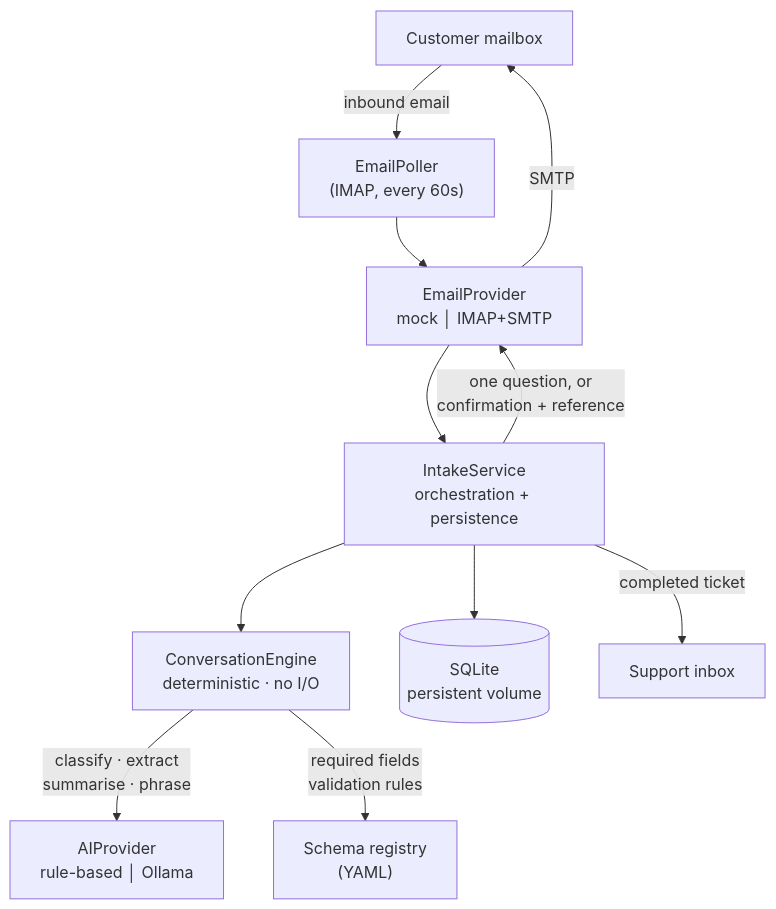
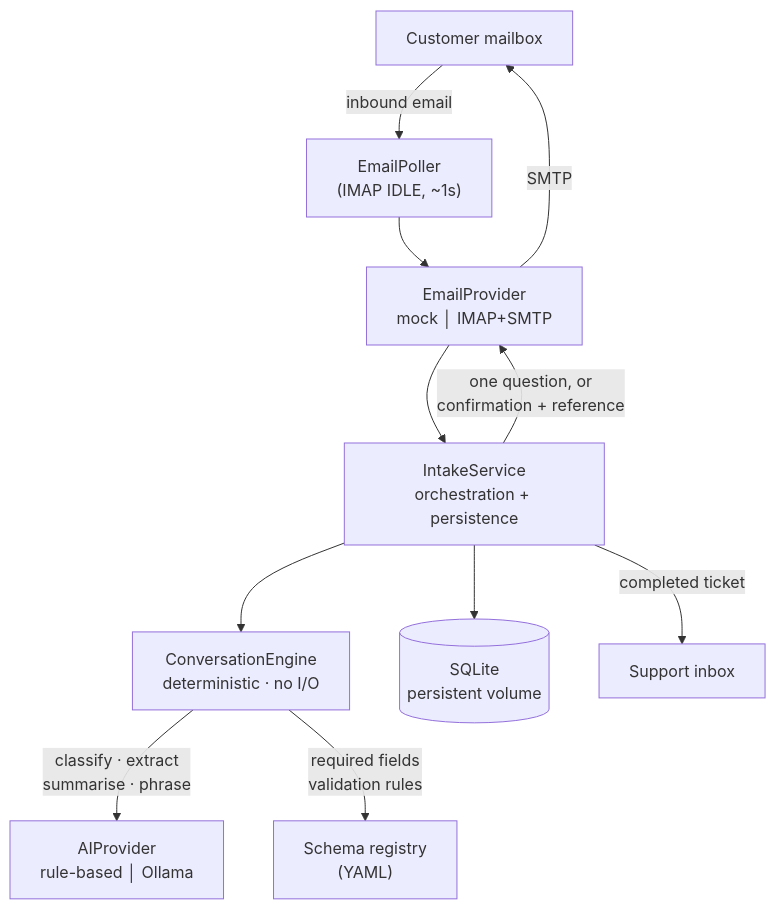
One commit to Karheily-Salam/complaint-intake-system changed the diagram in README.md. Above: the diagram before and after it, drawn with Mermaid. The commit also changed other lines of this file and 91 other files, not shown here.

````diff
--- a/README.md
+++ b/README.md
@@ -100,20 +104,20 @@
 ```mermaid
 flowchart TD
     C["Customer mailbox"]
-    P["EmailPoller<br/>(IMAP, every 60s)"]
+    P["EmailPoller<br/>(IMAP IDLE, ~1s)"]
     EP["EmailProvider<br/>mock │ IMAP+SMTP"]
     I["IntakeService<br/>orchestration + persistence"]
     E["ConversationEngine<br/>deterministic · no I/O"]
     AI["AIProvider<br/>rule-based │ Ollama"]
     R["Schema registry<br/>(YAML)"]
     DB[("SQLite<br/>persistent volume")]
     S["Support inbox"]
 
     C -->|inbound email| P --> EP --> I
     I --> E
     E -->|classify · extract<br/>summarise · phrase| AI
     E -->|required fields<br/>validation rules| R
     I --> DB
     I -->|one question, or<br/>confirmation + reference| EP -->|SMTP| C
     I -->|completed ticket| S
 ```
````
